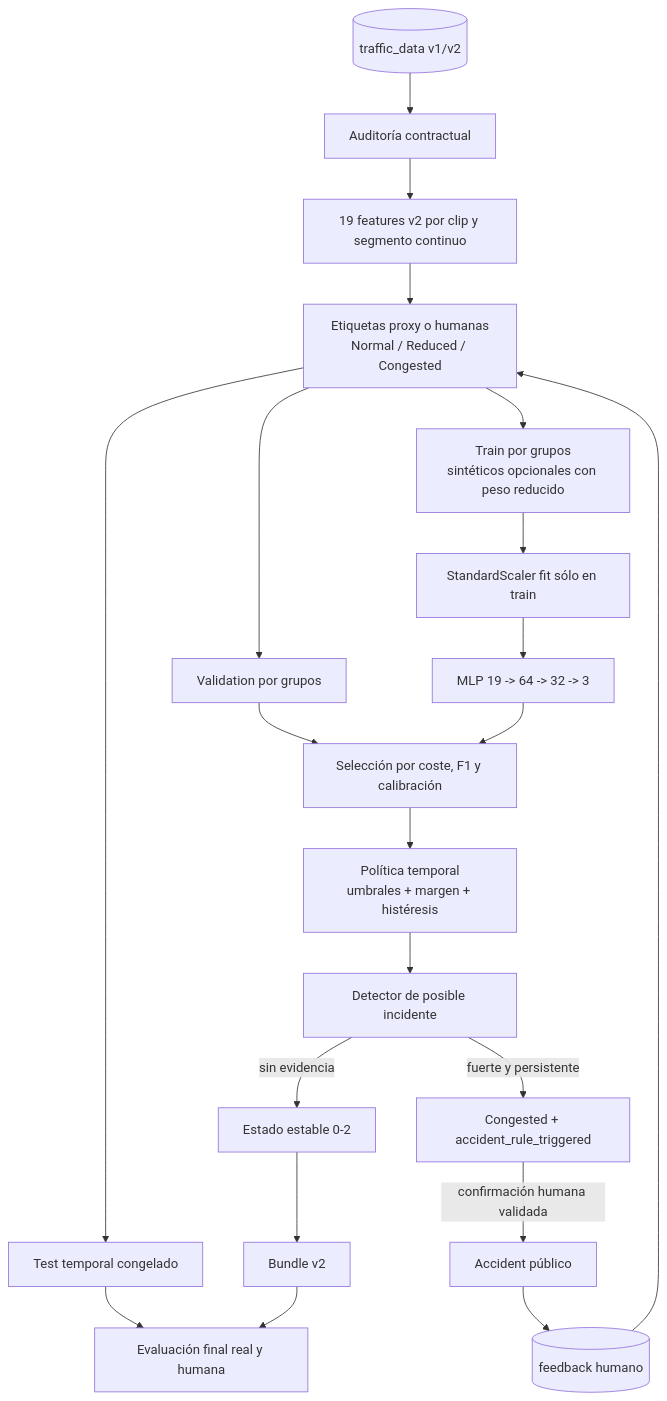
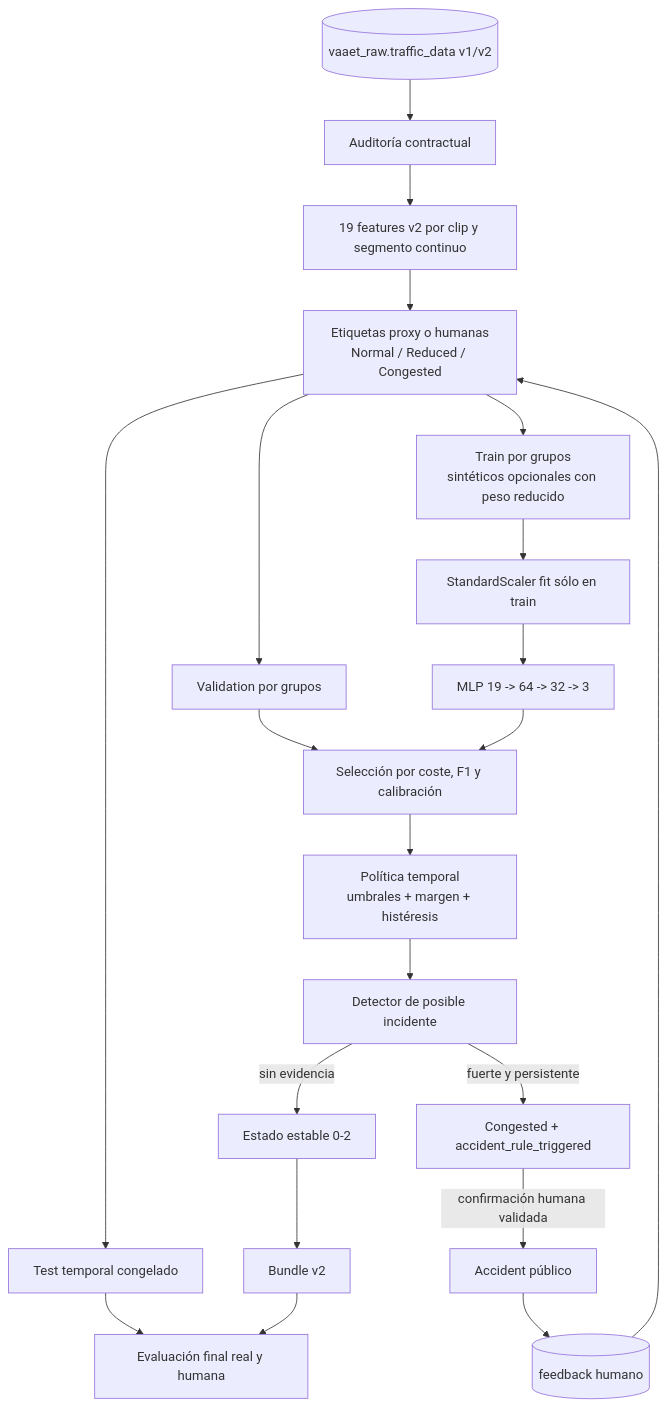
The diagram in docs/architecture/diagrams/intelligence-pipeline.md (aka-titesen/vaaet), drawn with Mermaid before and after one commit. The commit also changed 76 other files, not shown here.

````diff
--- a/docs/architecture/diagrams/intelligence-pipeline.md
+++ b/docs/architecture/diagrams/intelligence-pipeline.md
@@ -3,23 +3,23 @@
 ```mermaid
 flowchart TD
-    A[(traffic_data v1/v2)] --> B[Auditoría contractual]
+    A[(vaaet_raw.traffic_data v1/v2)] --> B[Auditoría contractual]
     B --> C[19 features v2 por clip y segmento continuo]
     C --> D[Etiquetas proxy o humanas<br/>Normal / Reduced / Congested]
     D --> E[Test temporal congelado]
     D --> F[Validation por grupos]
     D --> G[Train por grupos<br/>sintéticos opcionales con peso reducido]
     G --> H[StandardScaler fit sólo en train]
     H --> I[MLP 19 -> 64 -> 32 -> 3]
     F --> J[Selección por coste, F1 y calibración]
     I --> J
     J --> K[Política temporal<br/>umbrales + margen + histéresis]
     K --> L[Detector de posible incidente]
     L -->|sin evidencia| M[Estado estable 0-2]
     L -->|fuerte y persistente| N[Congested + accident_rule_triggered]
     N -->|confirmación humana validada| O[Accident público]
     M --> P[Bundle v2]
     O --> Q[(feedback humano)]
     Q --> D
     E --> R[Evaluación final real y humana]
     P --> R
 ```
````
